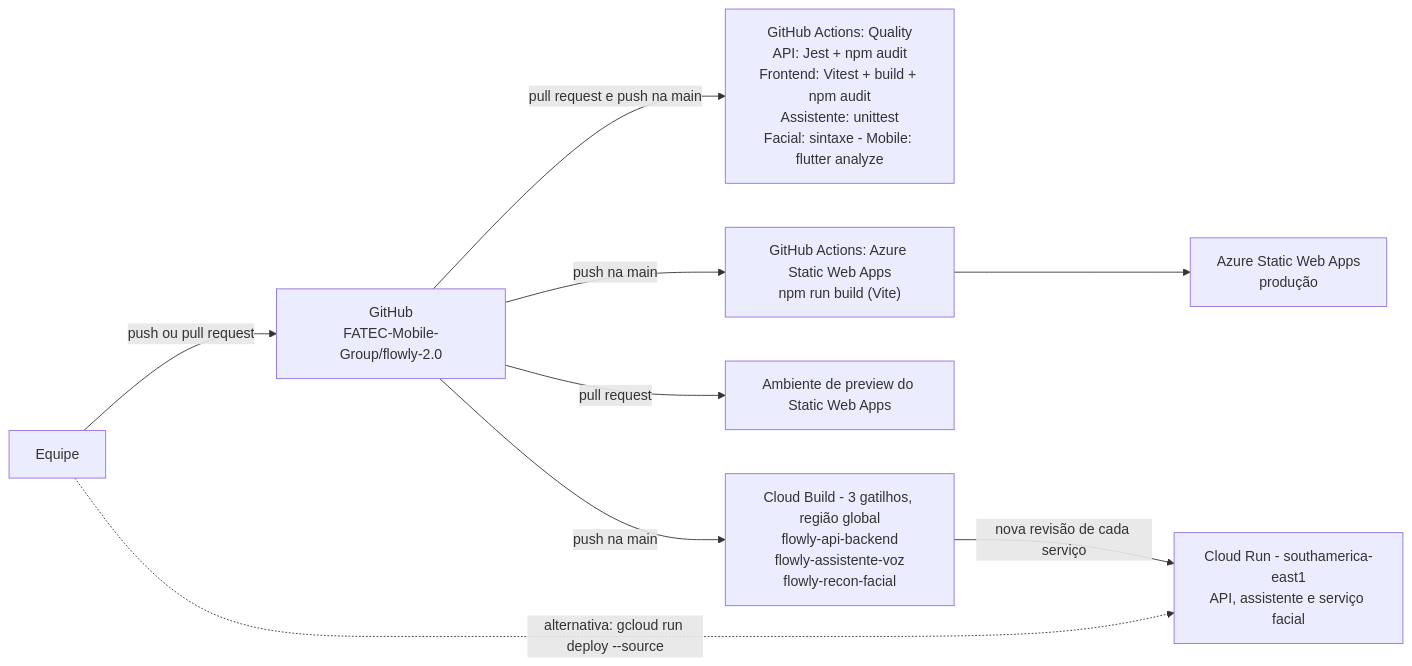
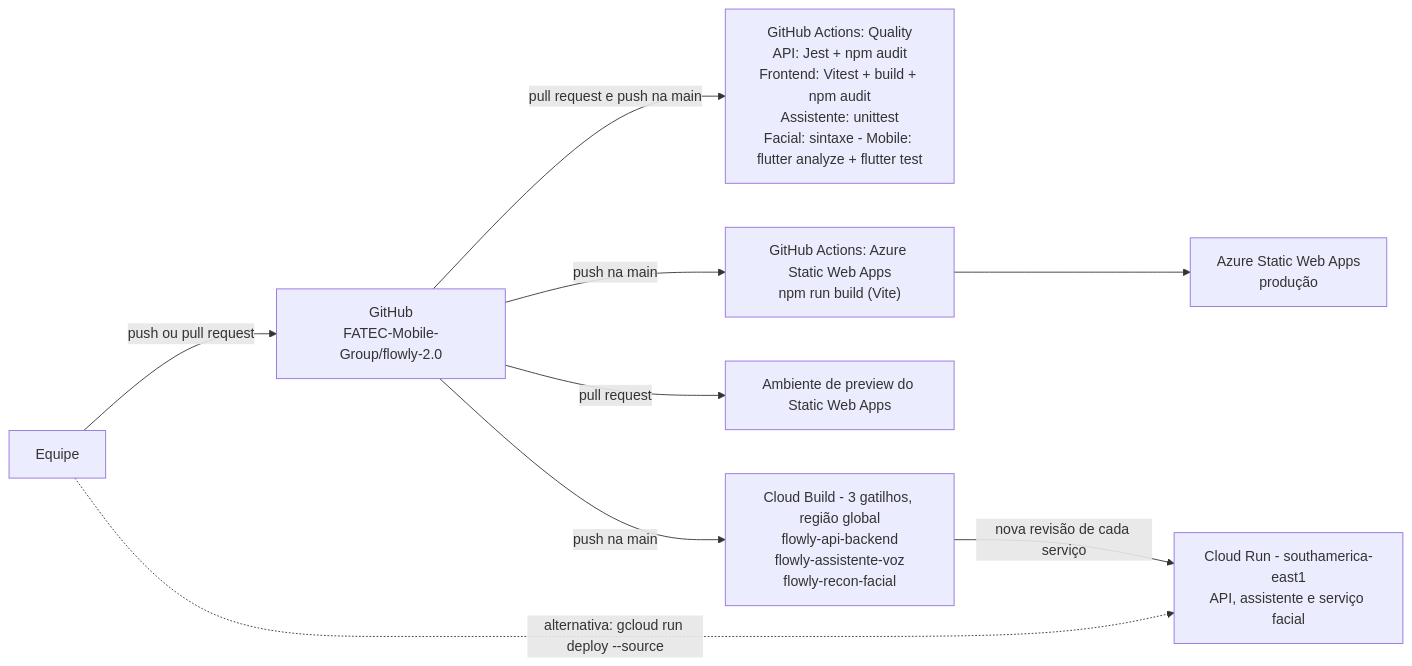
Before and after one commit to FATEC-Mobile-Group/flowly-2.0: the second of 3 diagrams in README.md, drawn with Mermaid. The commit also changed other lines of this file, not shown here.

Commit message:
docs: update README with final Flowly features

````diff
--- a/README.md
+++ b/README.md
@@ -549,20 +617,20 @@
 ```mermaid
 flowchart LR
   Dev["Equipe"]
   GH["GitHub<br/>FATEC-Mobile-Group/flowly-2.0"]
-  Quality["GitHub Actions: Quality<br/>API: Jest + npm audit<br/>Frontend: Vitest + build + npm audit<br/>Assistente: unittest<br/>Facial: sintaxe - Mobile: flutter analyze"]
+  Quality["GitHub Actions: Quality<br/>API: Jest + npm audit<br/>Frontend: Vitest + build + npm audit<br/>Assistente: unittest<br/>Facial: sintaxe - Mobile: flutter analyze + flutter test"]
   SWAFlow["GitHub Actions: Azure Static Web Apps<br/>npm run build (Vite)"]
   Preview["Ambiente de preview do Static Web Apps"]
   SWA["Azure Static Web Apps<br/>produção"]
   CB["Cloud Build - 3 gatilhos, região global<br/>flowly-api-backend<br/>flowly-assistente-voz<br/>flowly-recon-facial"]
   CR["Cloud Run - southamerica-east1<br/>API, assistente e serviço facial"]
 
   Dev -->|"push ou pull request"| GH
   GH -->|"pull request e push na main"| Quality
   GH -->|"push na main"| SWAFlow
   GH -->|"pull request"| Preview
   SWAFlow --> SWA
   GH -->|"push na main"| CB
   CB -->|"nova revisão de cada serviço"| CR
   Dev -.->|"alternativa: gcloud run deploy --source"| CR
 ```
````
